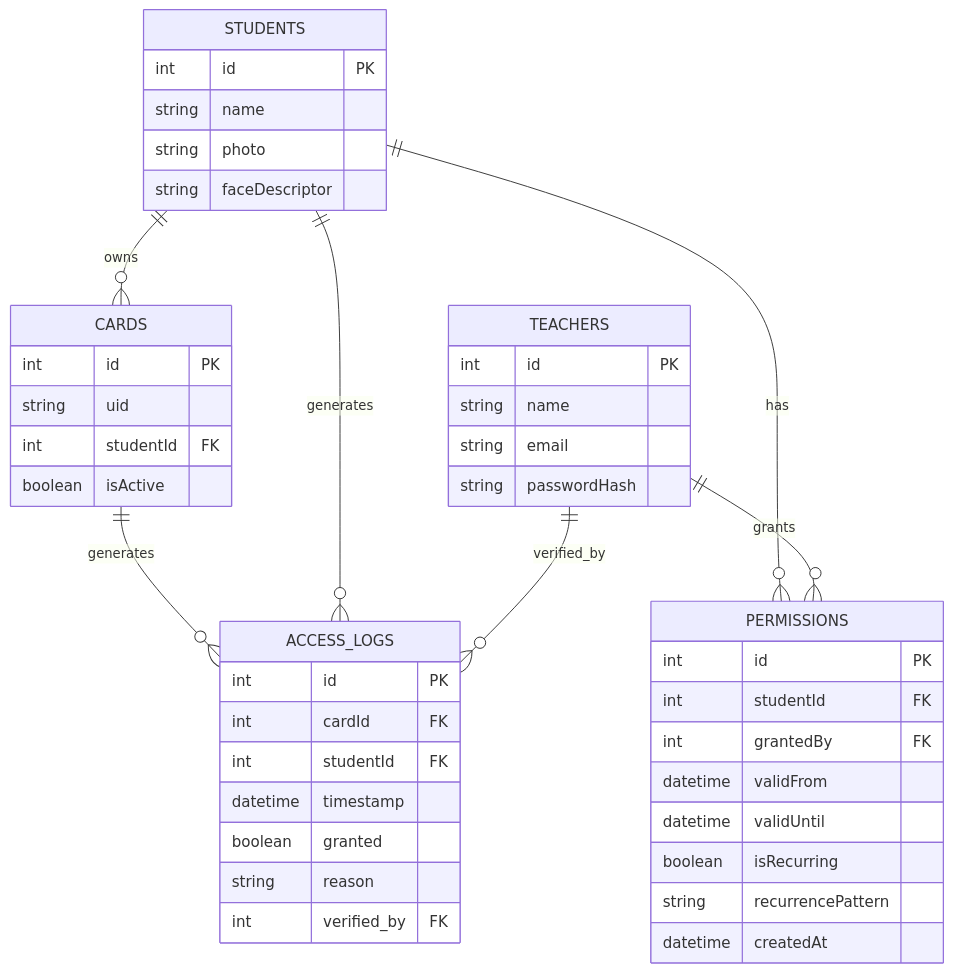
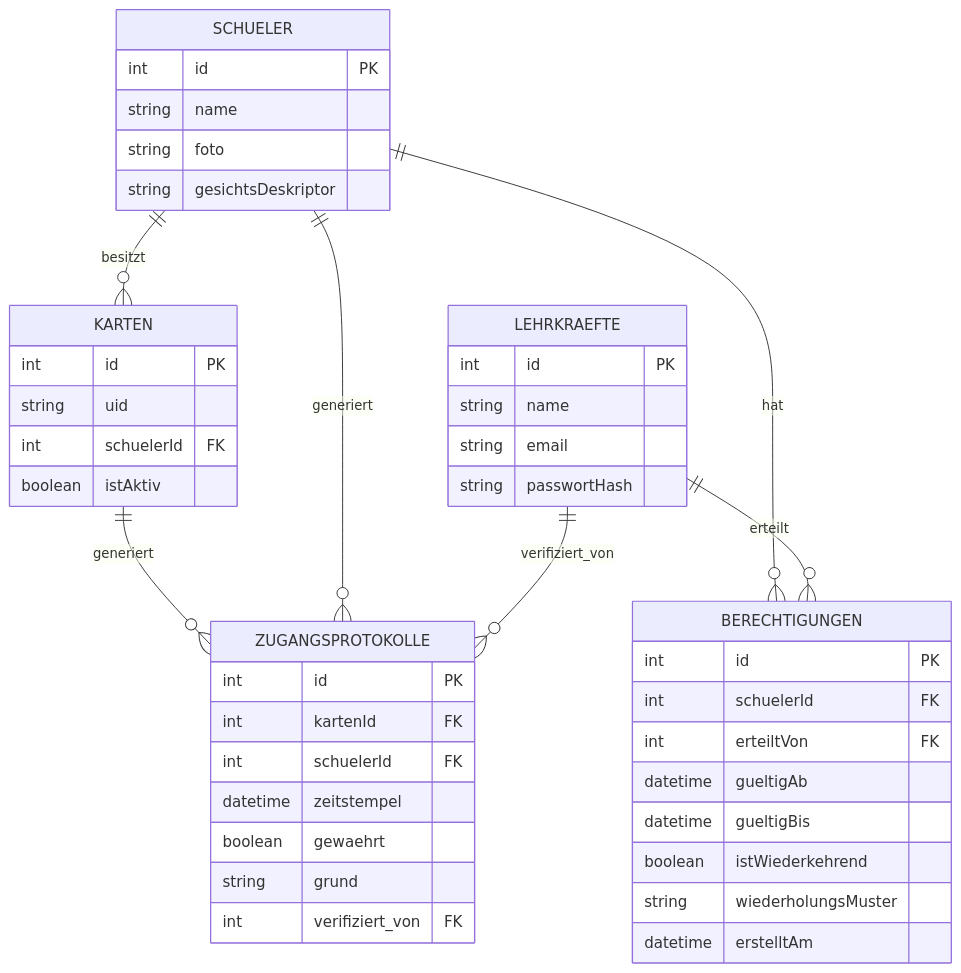
One commit to victor-gurbani/JuFo2025 changed the diagram in BLL-LaTeX/figures/datenbankschema.mmd. Above: the diagram before and after it, drawn with Mermaid. The commit also changed 14 other files, not shown here.

```diff
--- a/BLL-LaTeX/figures/datenbankschema.mmd
+++ b/BLL-LaTeX/figures/datenbankschema.mmd
@@ -1,45 +1,45 @@
 erDiagram
-    STUDENTS ||--o{ CARDS : owns
-    STUDENTS ||--o{ PERMISSIONS : has
-    TEACHERS ||--o{ PERMISSIONS : grants
-    CARDS ||--o{ ACCESS_LOGS : generates
-    STUDENTS ||--o{ ACCESS_LOGS : generates
-    TEACHERS ||--o{ ACCESS_LOGS : verified_by
+    SCHUELER ||--o{ KARTEN : besitzt
+    SCHUELER ||--o{ BERECHTIGUNGEN : hat
+    LEHRKRAEFTE ||--o{ BERECHTIGUNGEN : erteilt
+    KARTEN ||--o{ ZUGANGSPROTOKOLLE : generiert
+    SCHUELER ||--o{ ZUGANGSPROTOKOLLE : generiert
+    LEHRKRAEFTE ||--o{ ZUGANGSPROTOKOLLE : verifiziert_von
 
-    STUDENTS {
+    SCHUELER {
         int id PK
         string name
-        string photo
-        string faceDescriptor
+        string foto
+        string gesichtsDeskriptor
     }
-    TEACHERS {
+    LEHRKRAEFTE {
         int id PK
         string name
         string email
-        string passwordHash
+        string passwortHash
     }
-    CARDS {
+    KARTEN {
         int id PK
         string uid
-        int studentId FK
-        boolean isActive
+        int schuelerId FK
+        boolean istAktiv
     }
-    PERMISSIONS {
+    BERECHTIGUNGEN {
         int id PK
-        int studentId FK
-        int grantedBy FK
-        datetime validFrom
-        datetime validUntil
-        boolean isRecurring
-        string recurrencePattern
-        datetime createdAt
+        int schuelerId FK
+        int erteiltVon FK
+        datetime gueltigAb
+        datetime gueltigBis
+        boolean istWiederkehrend
+        string wiederholungsMuster
+        datetime erstelltAm
     }
-    ACCESS_LOGS {
+    ZUGANGSPROTOKOLLE {
         int id PK
-        int cardId FK
-        int studentId FK
-        datetime timestamp
-        boolean granted
-        string reason
-        int verified_by FK
+        int kartenId FK
+        int schuelerId FK
+        datetime zeitstempel
+        boolean gewaehrt
+        string grund
+        int verifiziert_von FK
     }
```
